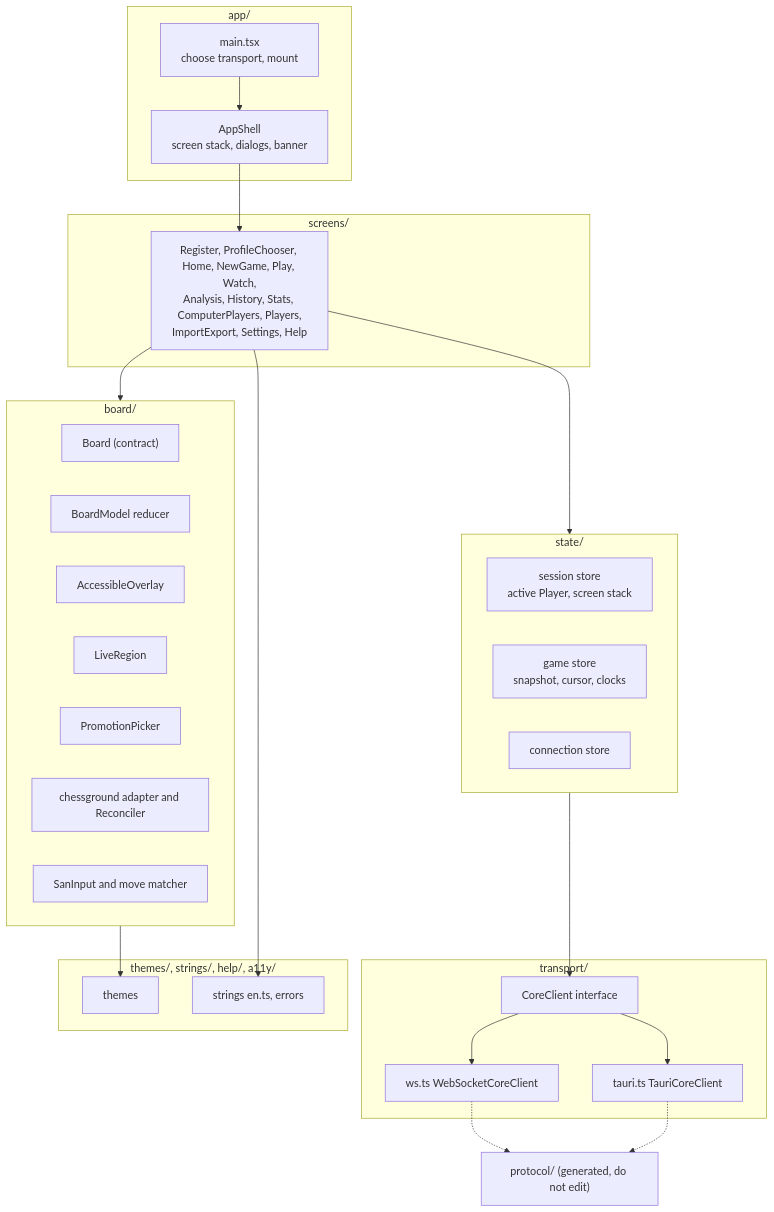
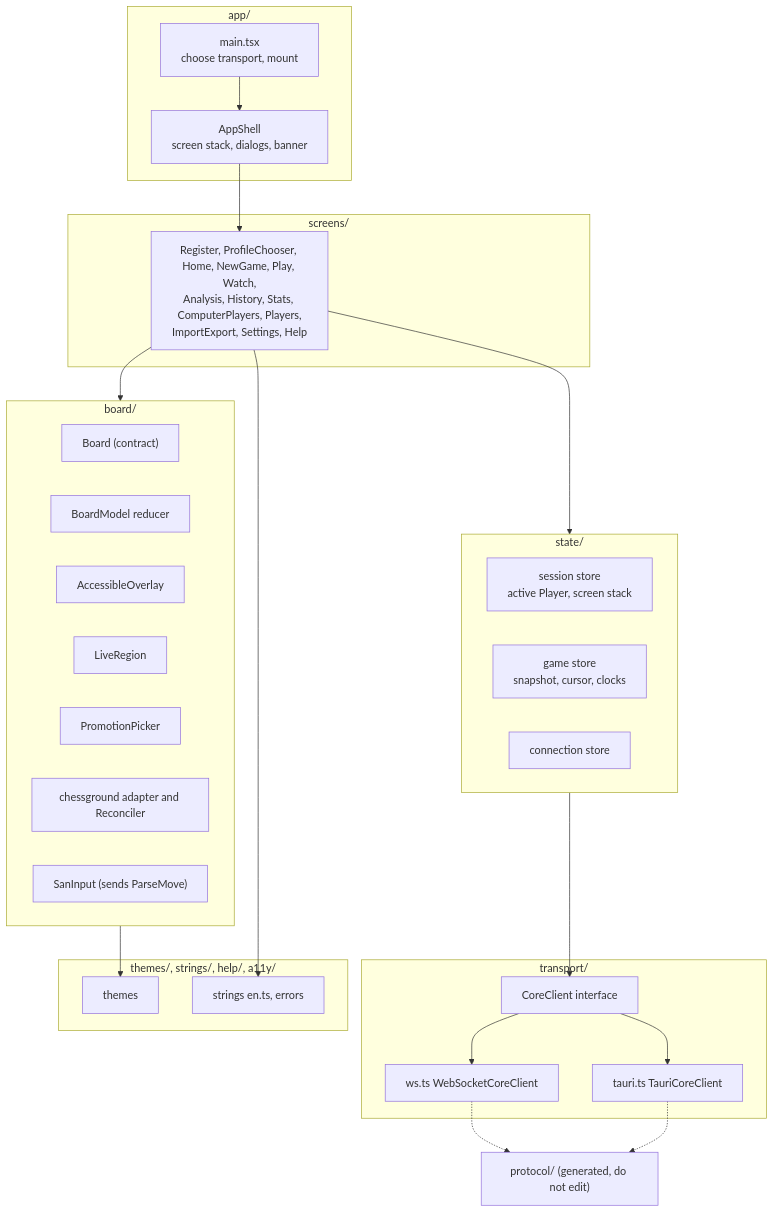
Before and after one commit to bprascher/chess: the second of 7 diagrams in docs/design/SDD-ui.md, drawn with Mermaid. The commit also changed other lines of this file and 17 other files, not shown here.

First line of the commit message:
Apply architecture addendum B and C to the SDDs and add the v0.4 consistency pass

````diff
--- a/docs/design/SDD-ui.md
+++ b/docs/design/SDD-ui.md
@@ -105,44 +105,44 @@
 ```mermaid
 flowchart TB
     subgraph app["app/"]
         boot["main.tsx<br/>choose transport, mount"]
         shell["AppShell<br/>screen stack, dialogs, banner"]
     end
     subgraph screens["screens/"]
         scr["Register, ProfileChooser, Home, NewGame, Play, Watch,<br/>Analysis, History, Stats, ComputerPlayers, Players,<br/>ImportExport, Settings, Help"]
     end
     subgraph state["state/"]
         sess["session store<br/>active Player, screen stack"]
         game["game store<br/>snapshot, cursor, clocks"]
         conn["connection store"]
     end
     subgraph board["board/"]
         bc["Board (contract)"]
         bm["BoardModel reducer"]
         ov["AccessibleOverlay"]
         lr["LiveRegion"]
         pp["PromotionPicker"]
         cg["chessground adapter and Reconciler"]
-        san["SanInput and move matcher"]
+        san["SanInput (sends ParseMove)"]
     end
     subgraph transport["transport/"]
         cc["CoreClient interface"]
         ws["ws.ts WebSocketCoreClient"]
         tc["tauri.ts TauriCoreClient"]
     end
     subgraph misc["themes/, strings/, help/, a11y/"]
         th["themes"]
         st["strings en.ts, errors"]
     end
     gen["protocol/ (generated, do not edit)"]
     boot --> shell --> scr
     scr --> state
     scr --> board
     state --> cc
     cc --> ws
     cc --> tc
     ws -.-> gen
     tc -.-> gen
     board --> th
     scr --> st
 ```
````
